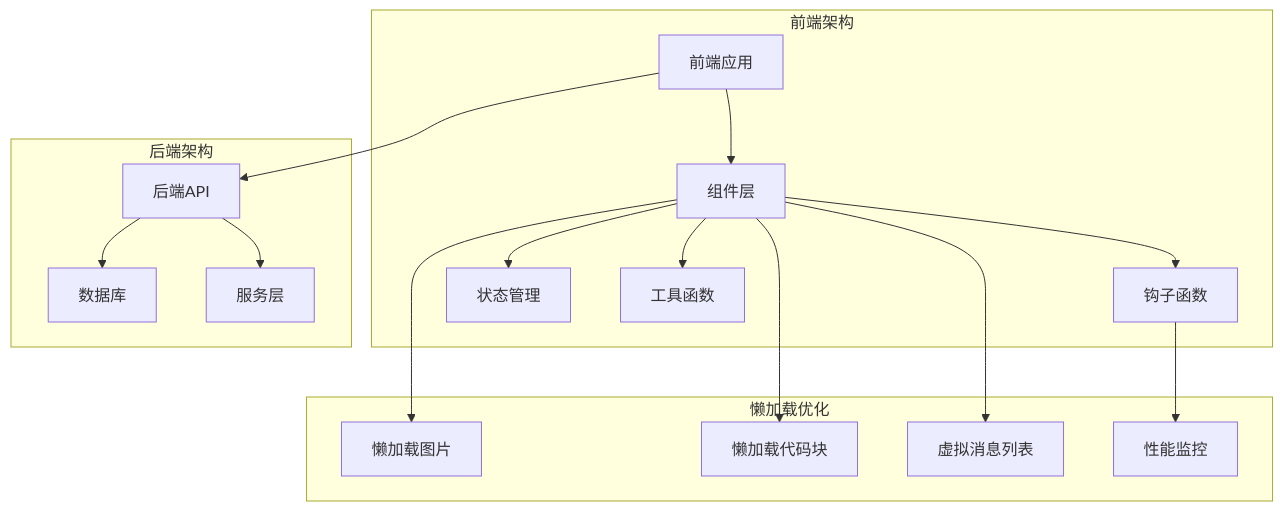
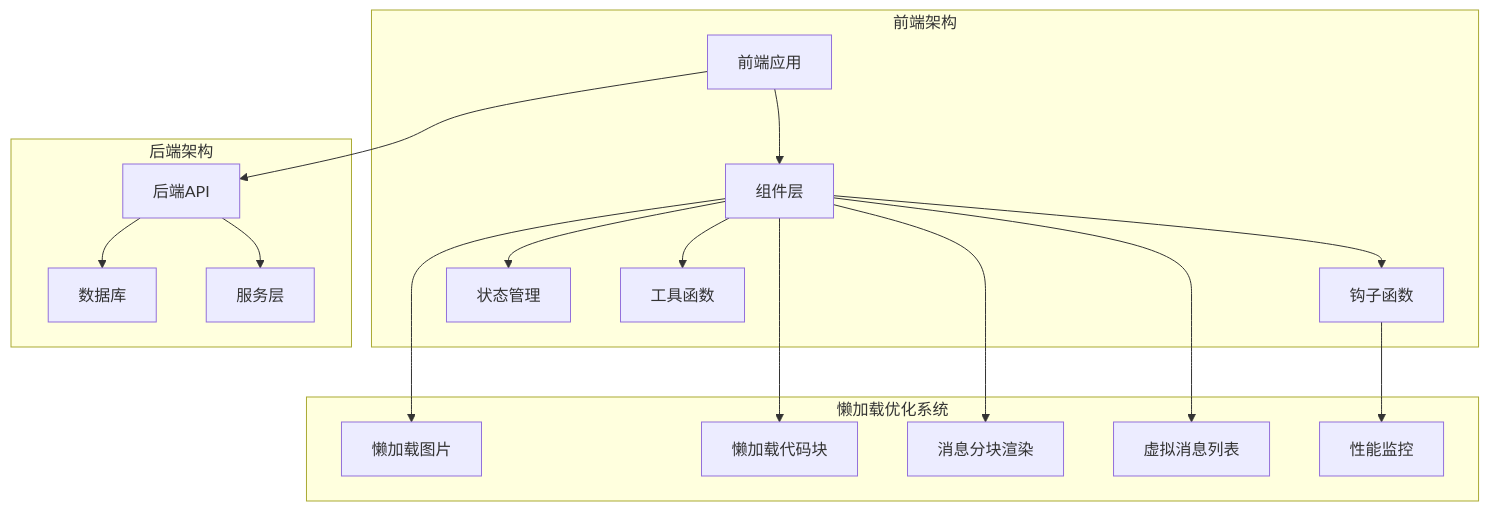
The first of 9 diagrams in .qoder/repowiki/zh/content/前端应用架构/UI组件库/懒加载优化系统.md (KunLabAI/KunFlix), drawn with Mermaid before and after one commit. The commit also changed other lines of this file and 22 other files, not shown here.

````diff
--- a/.qoder/repowiki/zh/content/前端应用架构/UI组件库/懒加载优化系统.md
+++ b/.qoder/repowiki/zh/content/前端应用架构/UI组件库/懒加载优化系统.md
@@ -43,32 +54,34 @@
 ```mermaid
 graph TB
 subgraph "前端架构"
 Frontend[前端应用]
 Components[组件层]
 Hooks[钩子函数]
 Stores[状态管理]
 Utils[工具函数]
 end
 subgraph "后端架构"
 Backend[后端API]
 Database[数据库]
 Services[服务层]
 end
-subgraph "懒加载优化"
+subgraph "懒加载优化系统"
 LazyImages[懒加载图片]
 LazyCode[懒加载代码块]
+MessageChunk[消息分块渲染]
 VirtualList[虚拟消息列表]
 PerfMonitor[性能监控]
 end
 Frontend --> Components
 Components --> Hooks
 Components --> Stores
 Components --> Utils
 Frontend --> Backend
 Backend --> Database
 Backend --> Services
 Components --> LazyImages
 Components --> LazyCode
+Components --> MessageChunk
 Components --> VirtualList
 Hooks --> PerfMonitor
 ```
````
